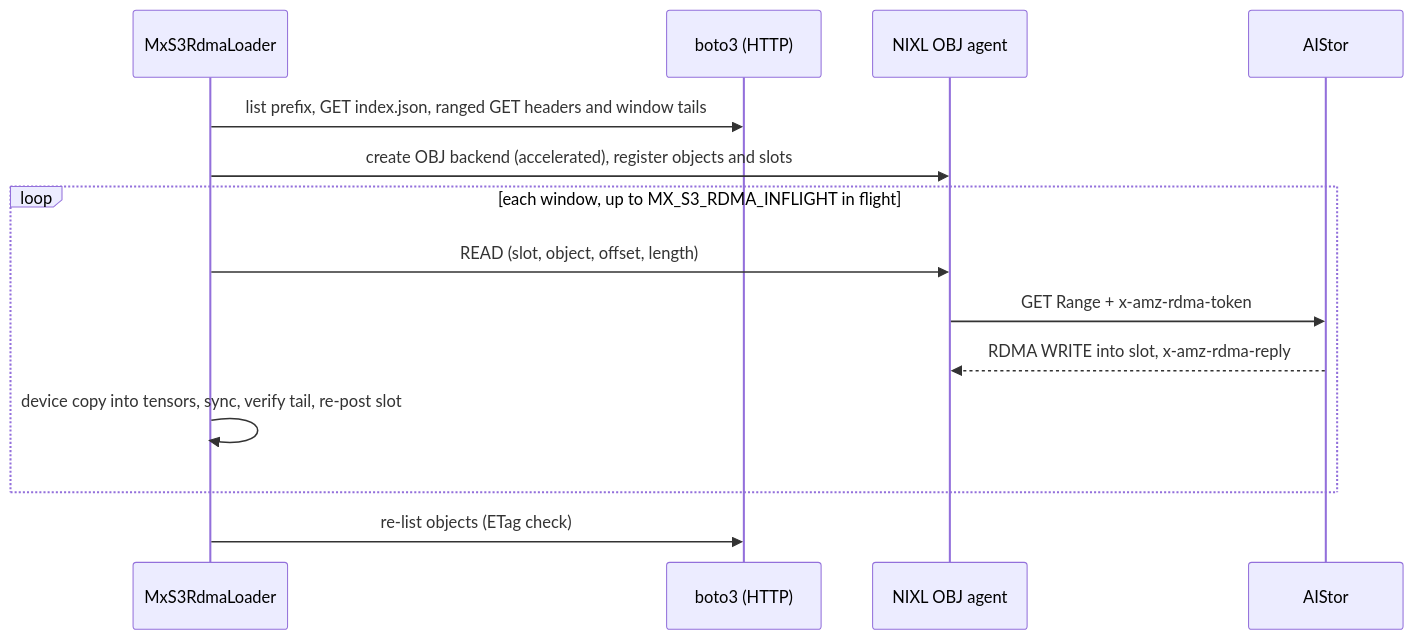
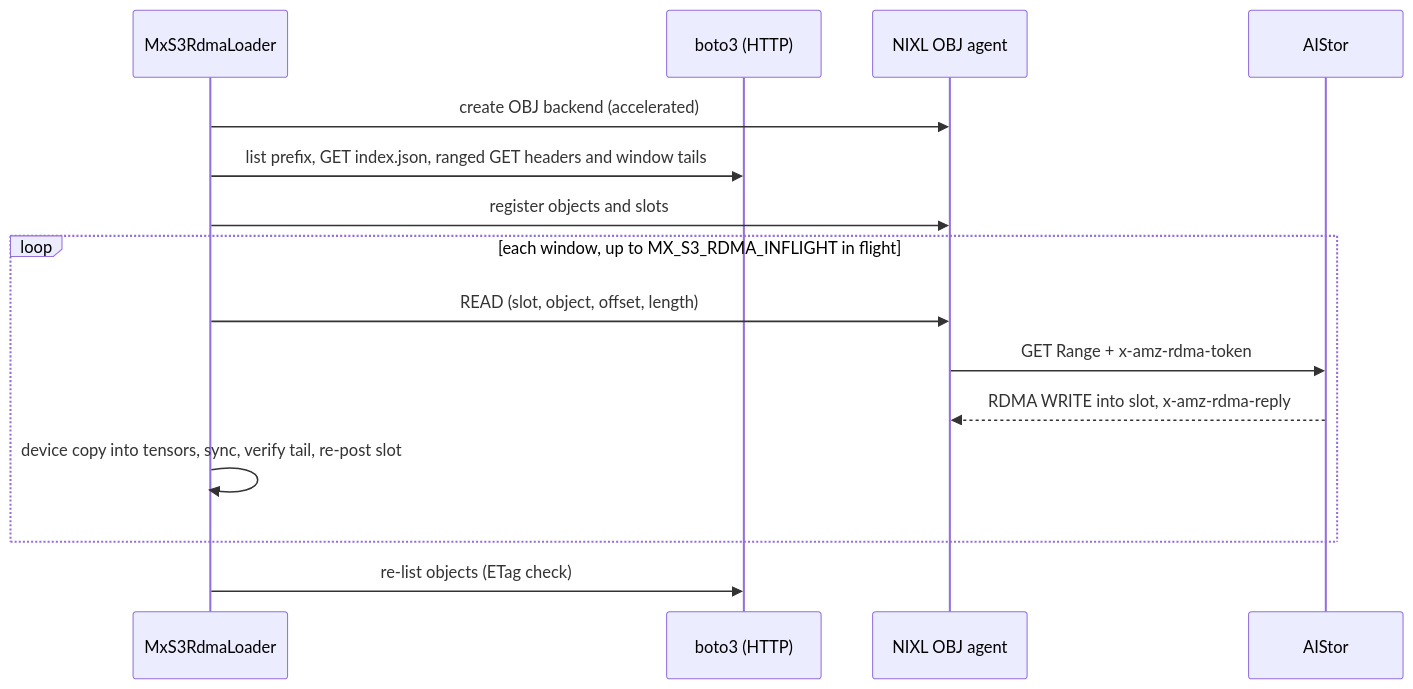
The fifth of 7 diagrams in docs/ARCHITECTURE.md (ai-dynamo/modelexpress), drawn with Mermaid before and after one commit. The commit also changed 2 other files, not shown here.

Commit message:
perf(client): create the NIXL OBJ backend before reading metadata
Backend creation is the likeliest failure on a host without cuObject,
the accelerated engine, or an RDMA fabric. Create it right after the
endpoint is resolved, so such hosts fall back to ModelStreamer without
first listing the prefix, fetching headers, and fetching one canary per
window.

````diff
--- a/docs/ARCHITECTURE.md
+++ b/docs/ARCHITECTURE.md
@@ -1816,16 +1816,17 @@
 ```mermaid
 sequenceDiagram
     participant L as MxS3RdmaLoader
     participant H as boto3 (HTTP)
     participant N as NIXL OBJ agent
     participant S as AIStor
+    L->>N: create OBJ backend (accelerated)
     L->>H: list prefix, GET index.json, ranged GET headers and window tails
-    L->>N: create OBJ backend (accelerated), register objects and slots
+    L->>N: register objects and slots
     loop each window, up to MX_S3_RDMA_INFLIGHT in flight
         L->>N: READ (slot, object, offset, length)
         N->>S: GET Range + x-amz-rdma-token
         S-->>N: RDMA WRITE into slot, x-amz-rdma-reply
         L->>L: device copy into tensors, sync, verify tail, re-post slot
     end
     L->>H: re-list objects (ETag check)
 ```
````
